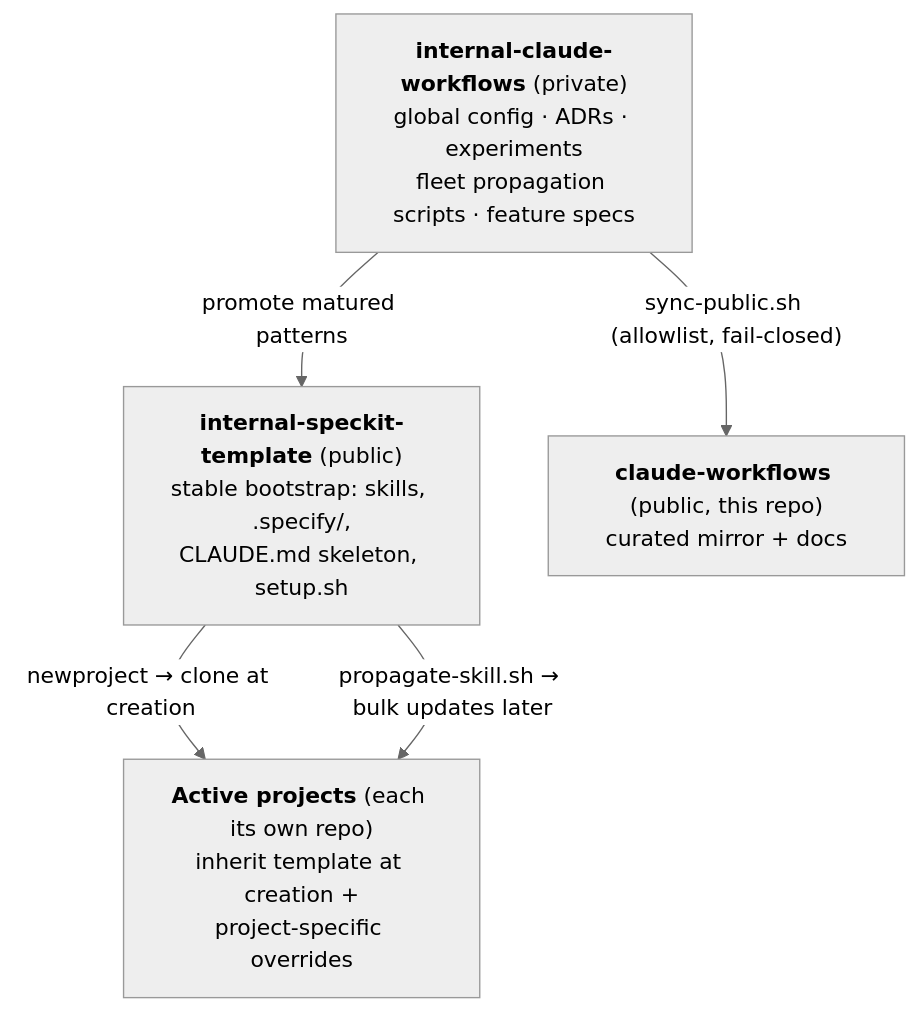
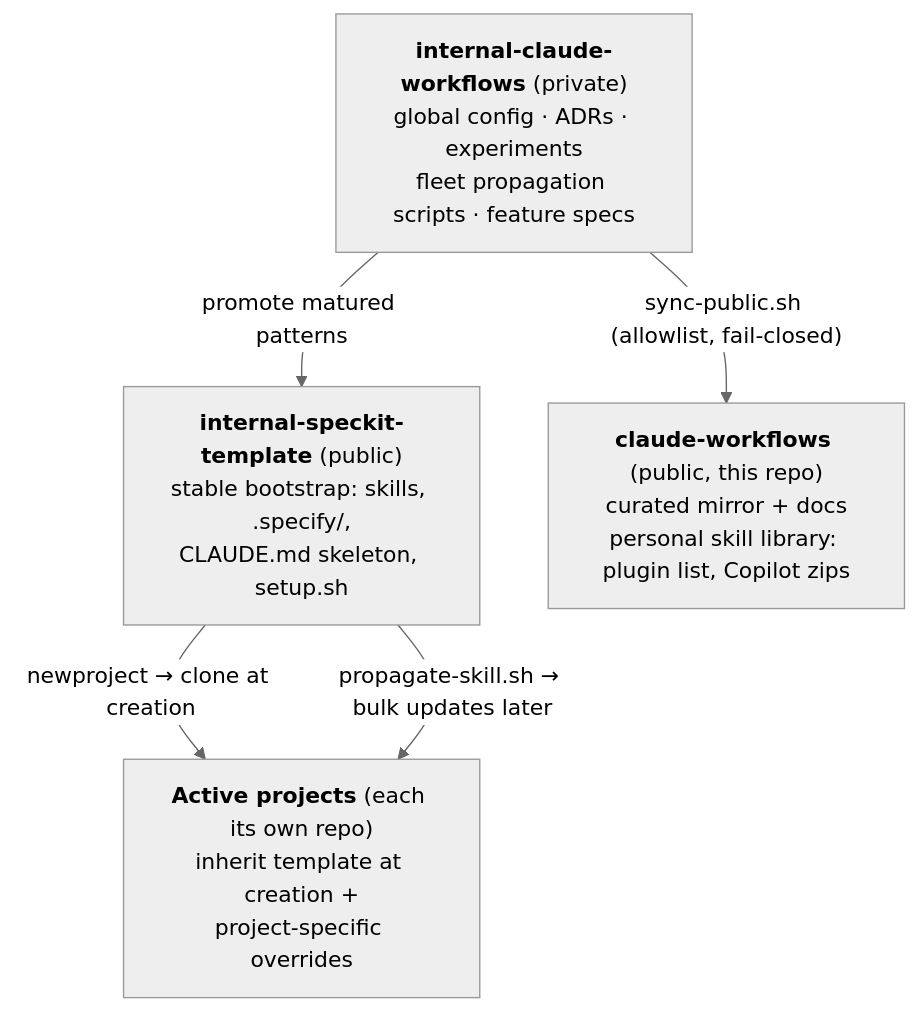
One commit to Sierra-Code-Co/claude-workflows changed the diagram in docs/architecture.md. Above: the diagram before and after it, drawn with Mermaid (neutral theme). The commit also changed other lines of this file and 63 other files, not shown here.

````diff
--- a/docs/architecture.md
+++ b/docs/architecture.md
@@ -7,12 +7,12 @@
 ```mermaid
 flowchart TD
     A["<b>internal-claude-workflows</b> (private)<br/>global config · ADRs · experiments<br/>fleet propagation scripts · feature specs"]
     B["<b>internal-speckit-template</b> (public)<br/>stable bootstrap: skills, .specify/,<br/>CLAUDE.md skeleton, setup.sh"]
     C["<b>Active projects</b> (each its own repo)<br/>inherit template at creation +<br/>project-specific overrides"]
-    P["<b>claude-workflows</b> (public, this repo)<br/>curated mirror + docs"]
+    P["<b>claude-workflows</b> (public, this repo)<br/>curated mirror + docs<br/>personal skill library: plugin list, Copilot zips"]
 
     A -- "promote matured patterns" --> B
     B -- "newproject → clone at creation" --> C
     B -- "propagate-skill.sh → bulk updates later" --> C
     A -- "sync-public.sh (allowlist, fail-closed)" --> P
 ```
````
